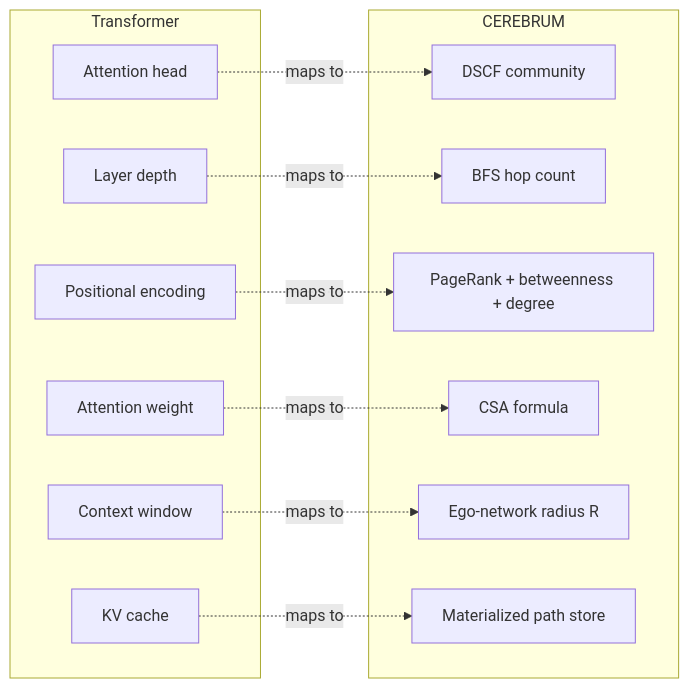
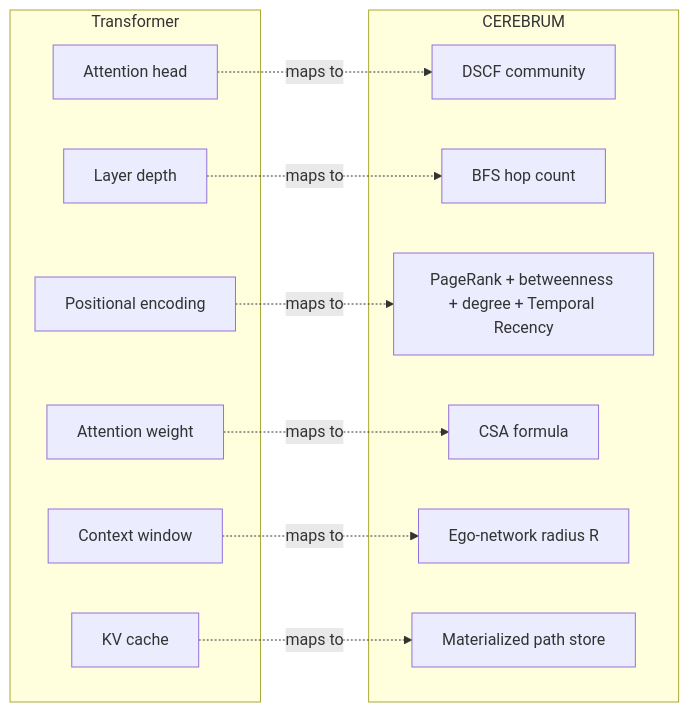
Before and after one commit to BrutalByte/CEREBRUM: the third of 3 diagrams in README.md, drawn with Mermaid. The commit also changed other lines of this file and 18 other files, not shown here.

````diff
--- a/README.md
+++ b/README.md
@@ -244,27 +243,27 @@
 ```mermaid
 graph LR
     subgraph Transformer
         T1[Attention head]
         T2[Layer depth]
         T3[Positional encoding]
         T4[Attention weight]
         T5[Context window]
         T6[KV cache]
     end
 
     subgraph CEREBRUM
         P1[DSCF community]
         P2[BFS hop count]
-        P3[PageRank + betweenness + degree]
+        P3[PageRank + betweenness + degree + Temporal Recency]
         P4[CSA formula]
         P5[Ego-network radius R]
         P6[Materialized path store]
     end
 
     T1 -.->|maps to| P1
     T2 -.->|maps to| P2
     T3 -.->|maps to| P3
     T4 -.->|maps to| P4
     T5 -.->|maps to| P5
     T6 -.->|maps to| P6
 ```
````
